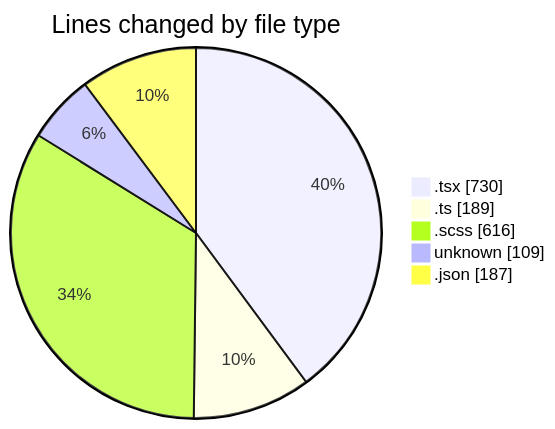
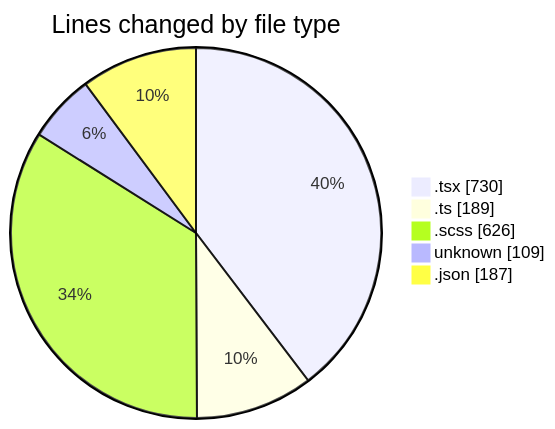
The first of 2 diagrams in 2026-04-15/cda/README.md (momahboobian/code-tracking), drawn with Mermaid before and after one commit. The commit also changed other lines of this file and 1 other file, not shown here.

````diff
--- a/2026-04-15/cda/README.md
+++ b/2026-04-15/cda/README.md
@@ -34,9 +34,9 @@
 ```mermaid
 pie showData
 title Lines changed by file type
 ".tsx" : 730
 ".ts" : 189
-".scss" : 616
+".scss" : 626
 "unknown" : 109
 ".json" : 187
 ```
````
